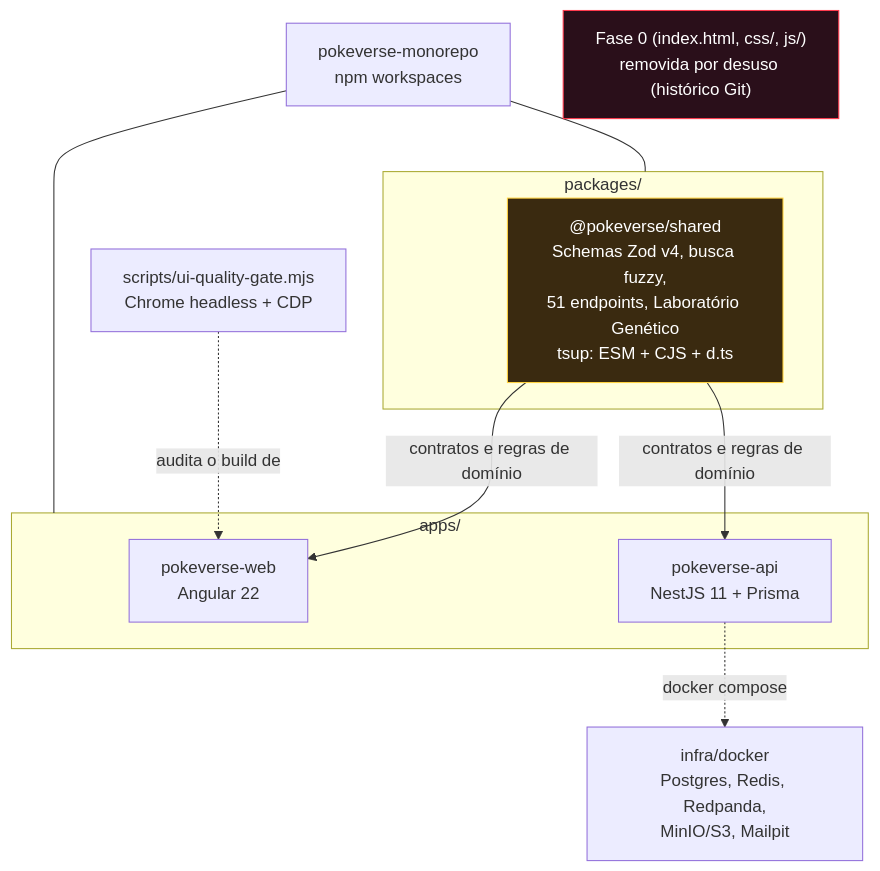
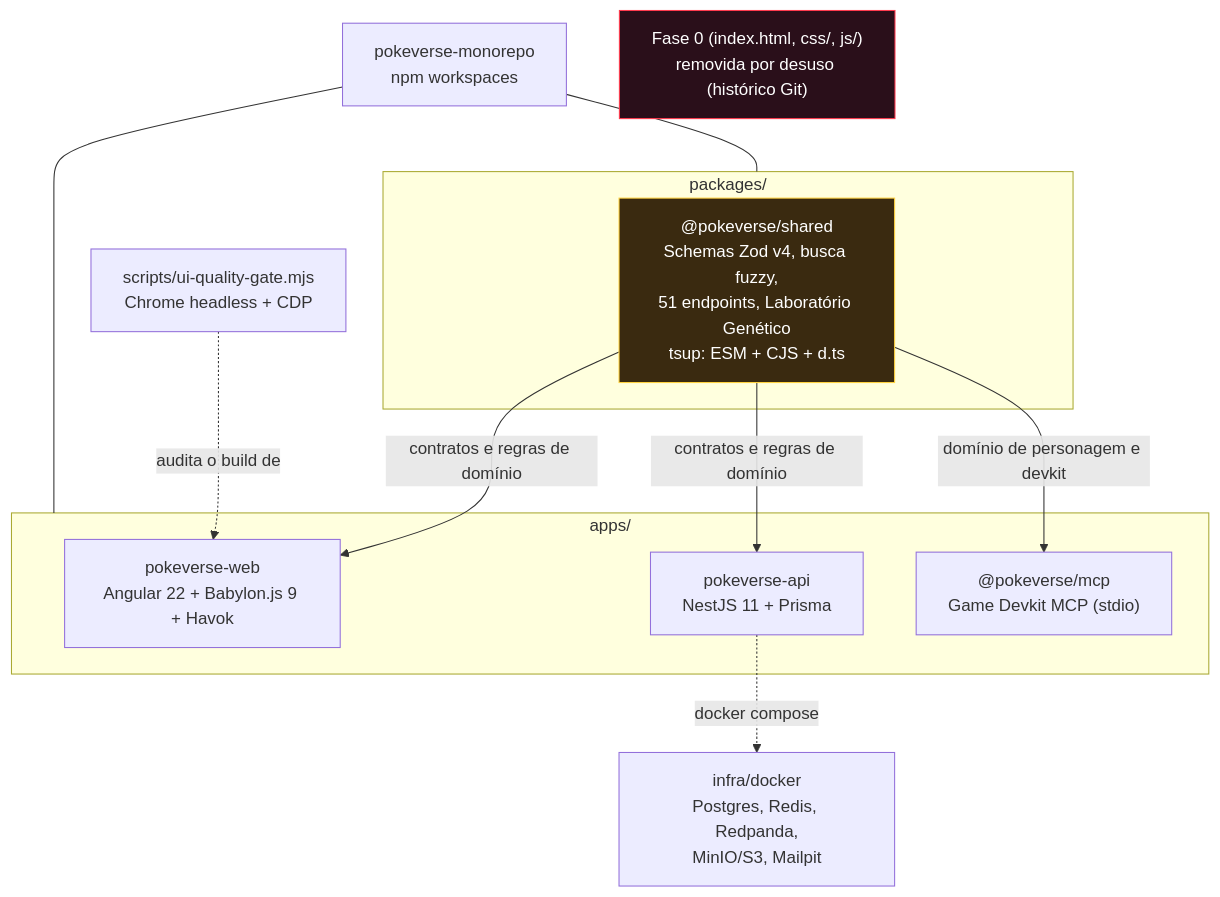
One commit to Digooow/pokedex-frontend changed the second of 12 diagrams in README.md. Above: the diagram before and after it, drawn with Mermaid. The commit also changed other lines of this file and 62 other files, not shown here.

````diff
--- a/README.md
+++ b/README.md
@@ -227,29 +227,31 @@
 ```mermaid
 flowchart TD
   root["pokeverse-monorepo<br/>npm workspaces"]
 
   subgraph packages["packages/"]
     shared["@pokeverse/shared<br/>Schemas Zod v4, busca fuzzy,<br/>51 endpoints, Laboratório Genético<br/>tsup: ESM + CJS + d.ts"]
   end
 
   subgraph apps["apps/"]
-    web["pokeverse-web<br/>Angular 22"]
+    web["pokeverse-web<br/>Angular 22 + Babylon.js 9 + Havok"]
     api["pokeverse-api<br/>NestJS 11 + Prisma"]
+    mcp["@pokeverse/mcp<br/>Game Devkit MCP (stdio)"]
   end
 
   infra["infra/docker<br/>Postgres, Redis, Redpanda,<br/>MinIO/S3, Mailpit"]
   gate["scripts/ui-quality-gate.mjs<br/>Chrome headless + CDP"]
   legacy["Fase 0 (index.html, css/, js/)<br/>removida por desuso (histórico Git)"]
 
   root --- packages
   root --- apps
   shared -->|"contratos e regras de domínio"| web
   shared -->|"contratos e regras de domínio"| api
+  shared -->|"domínio de personagem e devkit"| mcp
   api -.->|"docker compose"| infra
   gate -.->|"audita o build de"| web
 
   classDef sh fill:#3a2a10,stroke:#ffd23f,color:#fff
   classDef old fill:#2a0f1a,stroke:#ff3b4e,color:#fff
   class shared sh
   class legacy old
 ```
````
